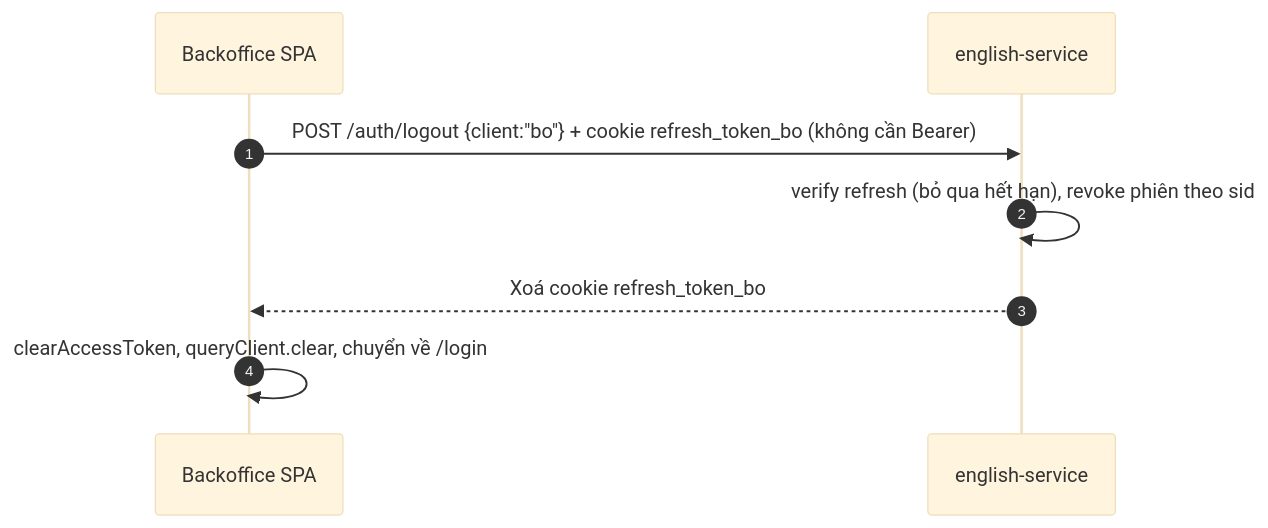
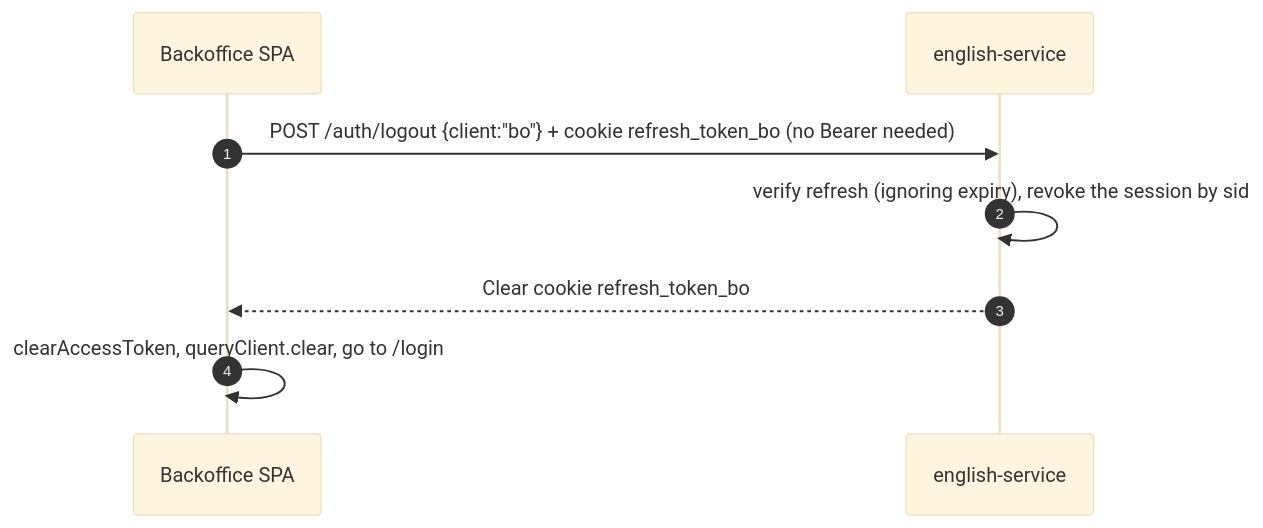
Before and after one commit to TriThuc2321/english-service: the fourth of 8 diagrams in docs/auth-flow.md, drawn with Mermaid (base theme). The commit also changed other lines of this file and 6 other files, not shown here.

````diff
--- a/docs/auth-flow.md
+++ b/docs/auth-flow.md
@@ -104,11 +104,11 @@
 ```mermaid
 sequenceDiagram
   autonumber
   participant BO as Backoffice SPA
   participant BE as english-service
 
-  BO->>BE: POST /auth/logout {client:"bo"} + cookie refresh_token_bo (không cần Bearer)
-  BE->>BE: verify refresh (bỏ qua hết hạn), revoke phiên theo sid
-  BE-->>BO: Xoá cookie refresh_token_bo
-  BO->>BO: clearAccessToken, queryClient.clear, chuyển về /login
+  BO->>BE: POST /auth/logout {client:"bo"} + cookie refresh_token_bo (no Bearer needed)
+  BE->>BE: verify refresh (ignoring expiry), revoke the session by sid
+  BE-->>BO: Clear cookie refresh_token_bo
+  BO->>BO: clearAccessToken, queryClient.clear, go to /login
 ```
````
